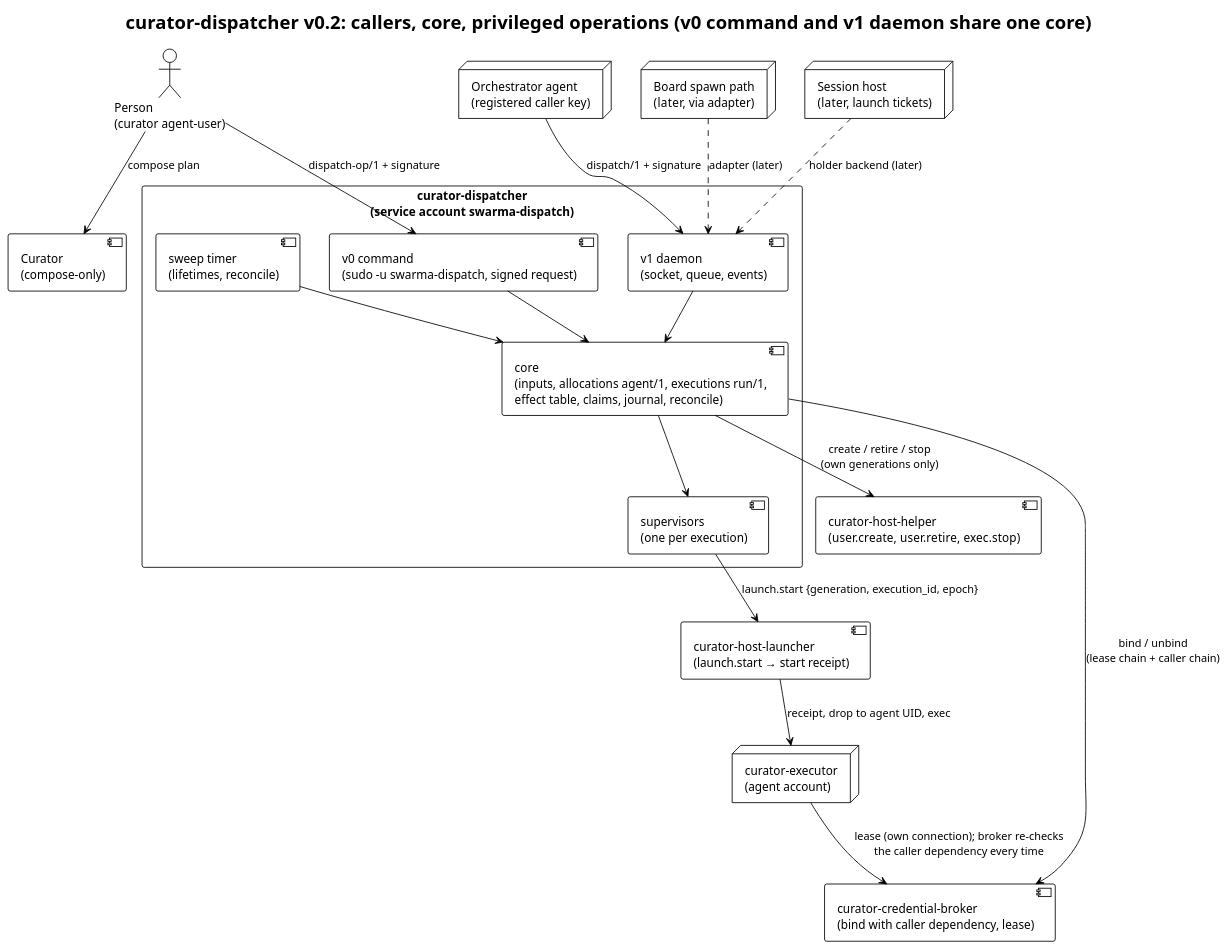
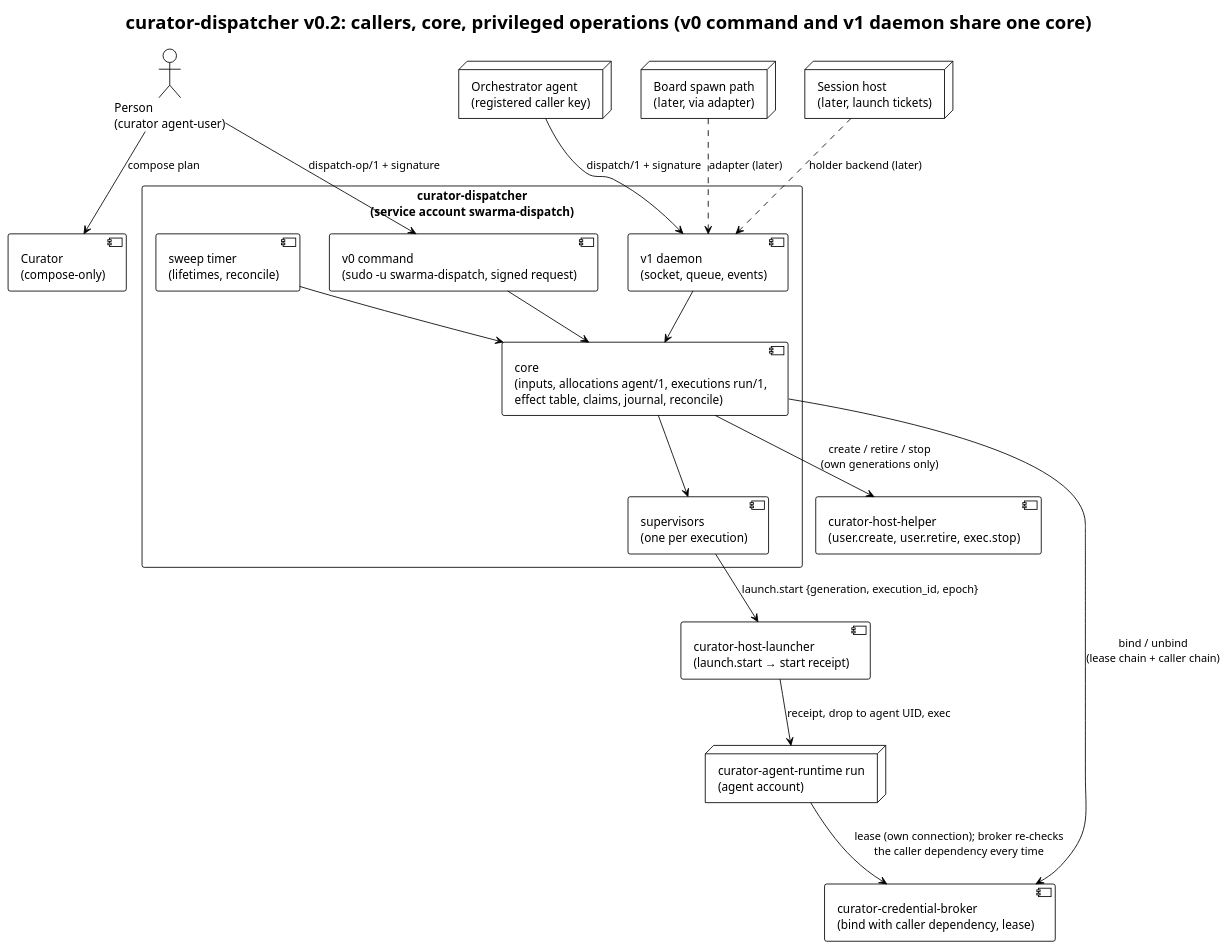
One commit to relux-works/curator-dispatcher changed the diagram in diagrams/components.puml. Above: the diagram before and after it, drawn with PlantUML. The commit also changed 2 other files, not shown here.

Commit message:
Name the agent-side program curator-agent-runtime (run and hold modes), owner decision 2026-10-10

```diff
--- a/diagrams/components.puml
+++ b/diagrams/components.puml
@@ -1,36 +1,36 @@
 @startuml components
 !theme plain
 title curator-dispatcher v0.2: callers, core, privileged operations (v0 command and v1 daemon share one core)
 
 actor "Person\n(curator agent-user)" as P
 node "Orchestrator agent\n(registered caller key)" as O
 node "Board spawn path\n(later, via adapter)" as B
 node "Session host\n(later, launch tickets)" as SH
 rectangle "curator-dispatcher\n(service account swarma-dispatch)" as D {
   component "core\n(inputs, allocations agent/1, executions run/1,\neffect table, claims, journal, reconcile)" as CORE
   component "v0 command\n(sudo -u swarma-dispatch, signed request)" as CMD
   component "v1 daemon\n(socket, queue, events)" as DMN
   component "supervisors\n(one per execution)" as SUP
   component "sweep timer\n(lifetimes, reconcile)" as SW
 }
 component "Curator\n(compose-only)" as CUR
 component "curator-host-helper\n(user.create, user.retire, exec.stop)" as H
 component "curator-host-launcher\n(launch.start → start receipt)" as L
 component "curator-credential-broker\n(bind with caller dependency, lease)" as BR
-node "curator-executor\n(agent account)" as E
+node "curator-agent-runtime run\n(agent account)" as E
 
 P --> CUR : compose plan
 P --> CMD : dispatch-op/1 + signature
 O --> DMN : dispatch/1 + signature
 B ..> DMN : adapter (later)
 SH ..> DMN : holder backend (later)
 CMD --> CORE
 DMN --> CORE
 SW --> CORE
 CORE --> H : create / retire / stop\n(own generations only)
 CORE --> BR : bind / unbind\n(lease chain + caller chain)
 CORE --> SUP
 SUP --> L : launch.start {generation, execution_id, epoch}
 L --> E : receipt, drop to agent UID, exec
 E --> BR : lease (own connection); broker re-checks\nthe caller dependency every time
 @enduml
```
